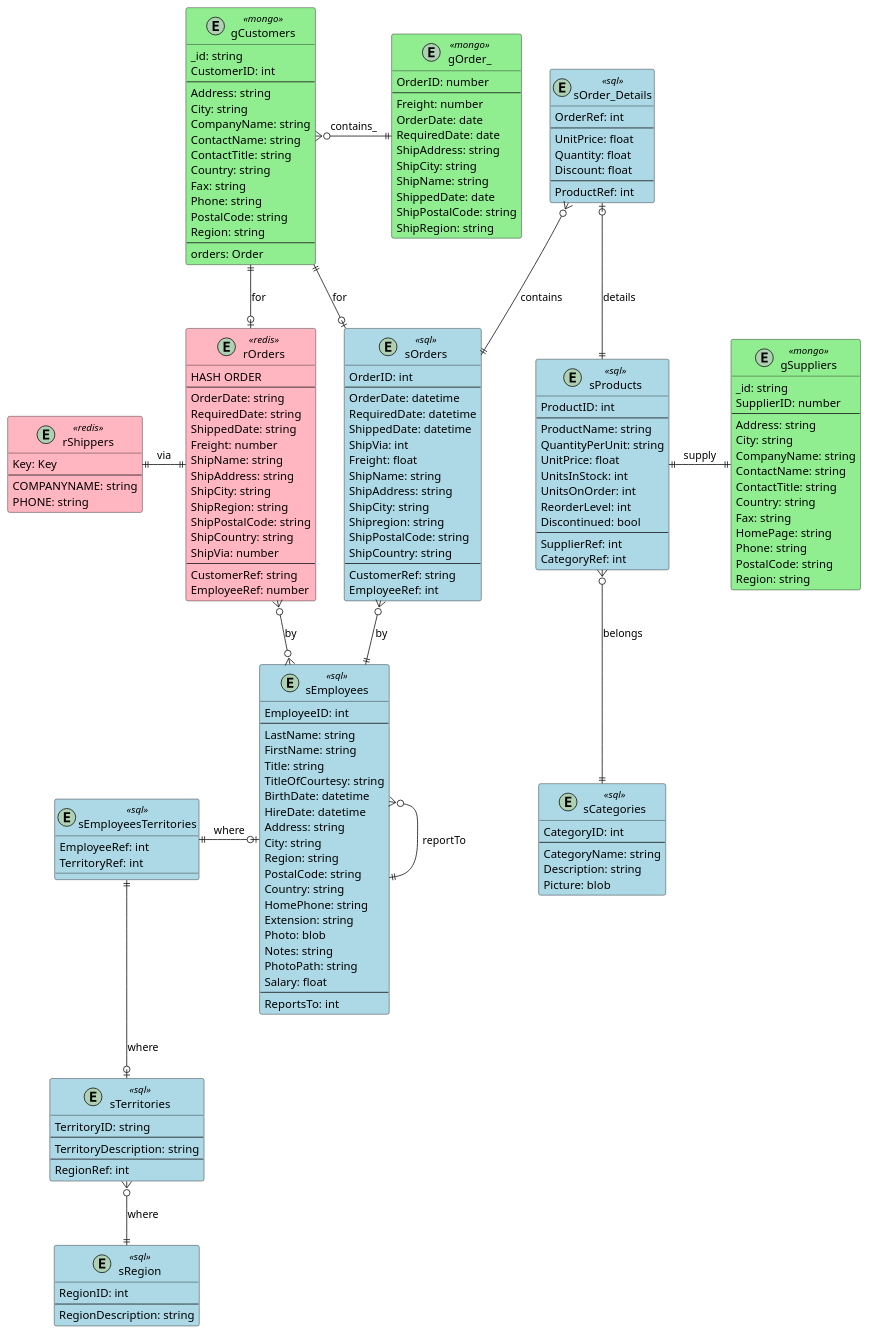
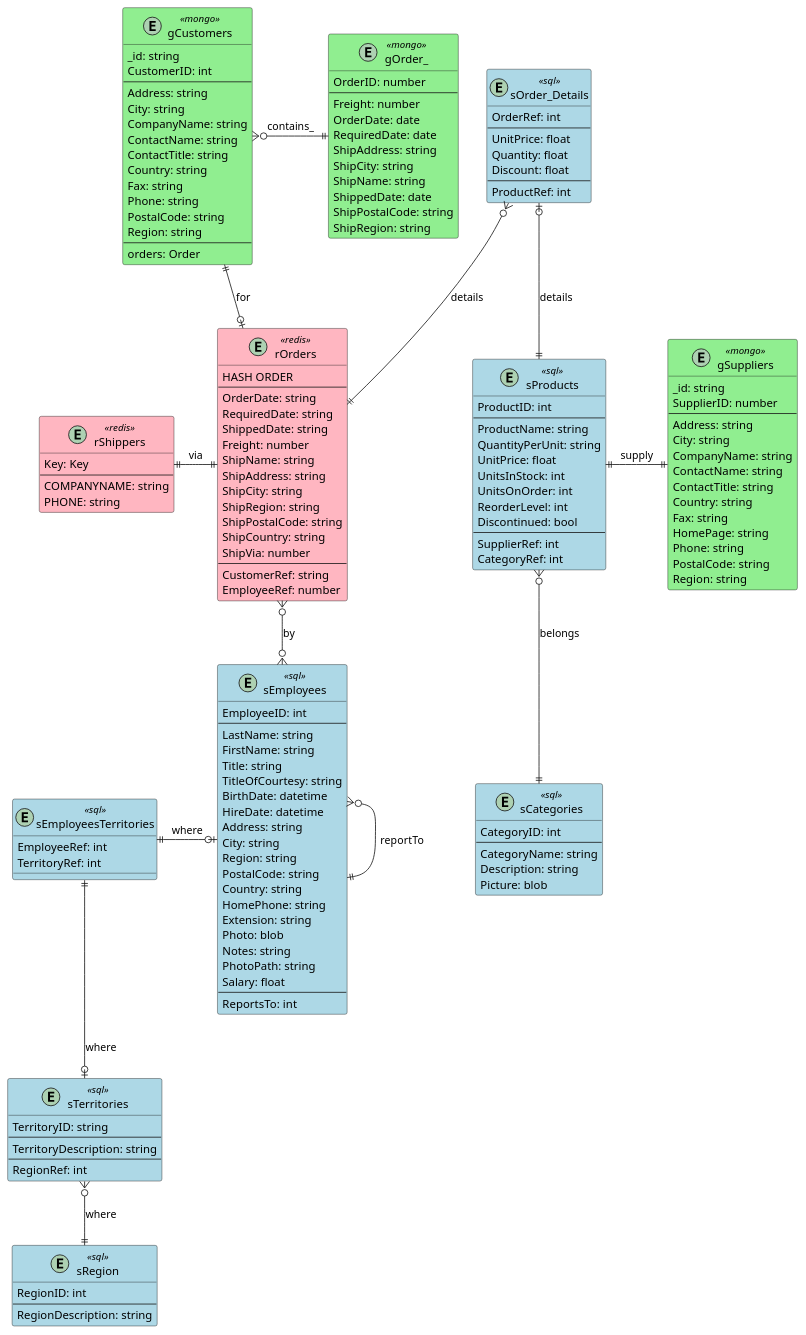
The diagram in schemaPhysic.plantuml (vsantele/unamur-bigdata), drawn with PlantUML before and after one commit.

Commit message:
maj schema

```diff
--- a/schemaPhysic.plantuml
+++ b/schemaPhysic.plantuml
@@ -1,198 +1,177 @@
 @startuml
 
 skinparam class {
   backgroundColor<<mongo>> lightGreen
   backgroundColor<<sql>> lightBlue
   backgroundColor<<redis>> lightPink
 }
 
 entity "gCustomers" as gCustomers <<mongo>> {
   _id: string
   CustomerID: int
   ---
   Address: string
   City: string
   CompanyName: string
   ContactName: string
   ContactTitle: string
   Country: string
   Fax: string
   Phone: string
   PostalCode: string
   Region: string
   ---
   orders: Order
 }
 
 entity "gOrder_" as gOrder_ <<mongo>> {
   OrderID: number
   ---
   Freight: number
   OrderDate: date
   RequiredDate: date
   ShipAddress: string
   ShipCity: string
   ShipName: string
   ShippedDate: date
   ShipPostalCode: string
   ShipRegion: string
 }
 
 
 entity "gSuppliers" as gSuppliers <<mongo>> {
   _id: string
   SupplierID: number
   ---
   Address: string
   City: string
   CompanyName: string
   ContactName: string
   ContactTitle: string
   Country: string
   Fax: string
   HomePage: string
   Phone: string
   PostalCode: string
   Region: string
 }
 
 entity "rOrders" as rOrders <<redis>> {
   HASH ORDER
   ---
   OrderDate: string
   RequiredDate: string
   ShippedDate: string
   Freight: number
   ShipName: string
   ShipAddress: string
   ShipCity: string
   ShipRegion: string
   ShipPostalCode: string
   ShipCountry: string
   ShipVia: number
   ---
   CustomerRef: string
   EmployeeRef: number
 }
 
 entity "rShippers" as rShippers <<redis>> {
   Key: Key
   ---
   COMPANYNAME: string
   PHONE: string
 }
 
-entity "sOrders" as sOrders <<sql>> {
-  OrderID: int
-  ---
-  OrderDate: datetime
-  RequiredDate: datetime
-  ShippedDate: datetime
-  ShipVia: int
-  Freight: float
-  ShipName: string
-  ShipAddress: string
-  ShipCity: string
-  Shipregion: string
-  ShipPostalCode: string
-  ShipCountry: string
-  ---
-  CustomerRef: string
-  EmployeeRef: int
-}
-
 entity "sOrder_Details" as sOrder_Details <<sql>> {
   OrderRef: int
   ---
   UnitPrice: float
   Quantity: float
   Discount: float
   ---
   ProductRef: int
 }
 
 entity "sProducts" as sProducts <<sql>> {
   ProductID: int
   ---
   ProductName: string
   QuantityPerUnit: string
   UnitPrice: float
   UnitsInStock: int
   UnitsOnOrder: int
   ReorderLevel: int
   Discontinued: bool
   ---
   SupplierRef: int
   CategoryRef: int
 }
 
 entity "sRegion" as sRegion <<sql>> {
   RegionID: int
   ---
   RegionDescription: string
 }
 
 entity "sCategories" as sCategories <<sql>> {
   CategoryID: int
   ---
   CategoryName: string
   Description: string
   Picture: blob
 }
 
 entity "sTerritories" as sTerritories <<sql>> {
   TerritoryID: string
   ---
   TerritoryDescription: string
   ---
   RegionRef: int
 }
 
 entity "sEmployees" as sEmployees <<sql>> {
   EmployeeID: int
   ---
   LastName: string
   FirstName: string
   Title: string
   TitleOfCourtesy: string
   BirthDate: datetime
   HireDate: datetime
   Address: string
   City: string
   Region: string
   PostalCode: string
   Country: string
   HomePhone: string
   Extension: string
   Photo: blob
   Notes: string
   PhotoPath: string
   Salary: float
   ---
   ReportsTo: int
 }
 
 entity "sEmployeesTerritories" as sEmployeesTerritories <<sql>> {
   EmployeeRef: int
   TerritoryRef: int
 }
 
 gCustomers }o-r-|| gOrder_ : contains_
 
 sEmployeesTerritories ||-d-o| sTerritories : where
 sEmployeesTerritories ||-o| sEmployees : where
 sTerritories }o--|| sRegion : where
 sOrder_Details |o--|| sProducts : details
-sOrder_Details }o--|| sOrders : contains
-sOrders }o--|| sEmployees : by
-sOrders |o-l-|| gCustomers : for
+sOrder_Details }o--|| rOrders : details
 sEmployees }o--|| sEmployees : reportTo
 sProducts }o-d-|| sCategories : belongs
 sProducts ||-r-|| gSuppliers : supply
 rOrders ||-l-|| rShippers : via
 rOrders |o-u-|| gCustomers : for
 rOrders }o--o{ sEmployees : by
 ' rOrders = gOrder_
 ' rOrders = sOrders
 
 @enduml
```
